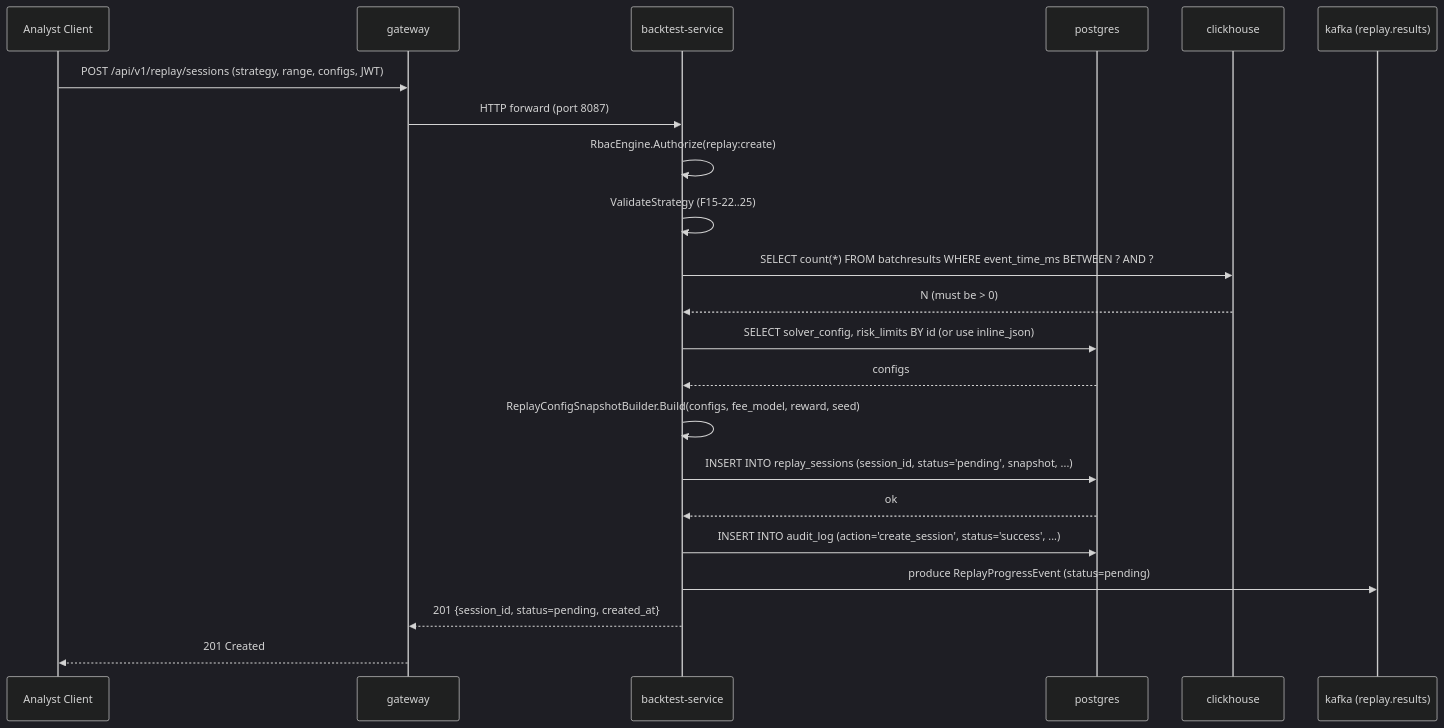
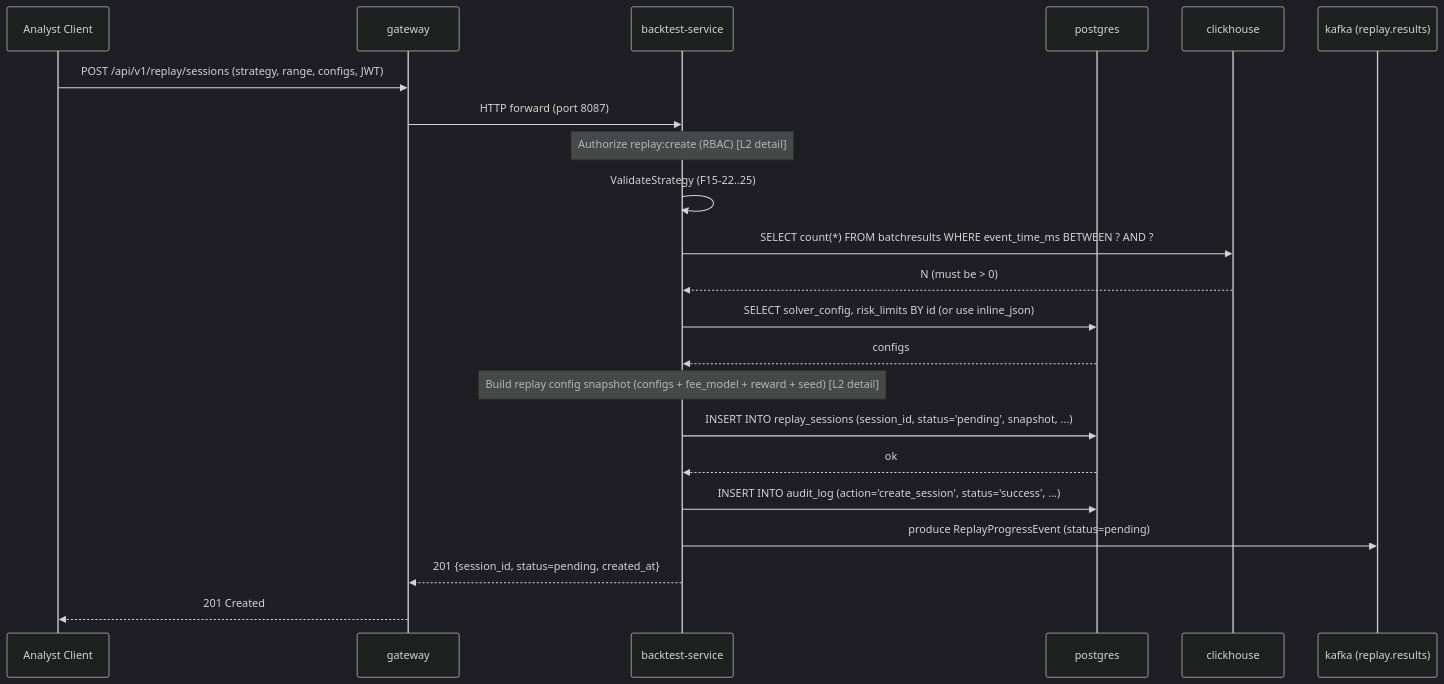
The diagram in docs/05-components/sequences/SEQ-F15-01-create-session-services.md (kkpiftankin-tech/cont_exchange_v2), drawn with Mermaid (dark theme) before and after one commit. The commit also changed 3 other files, not shown here.

````diff
--- a/docs/05-components/sequences/SEQ-F15-01-create-session-services.md
+++ b/docs/05-components/sequences/SEQ-F15-01-create-session-services.md
@@ -37,25 +37,25 @@
 ```mermaid
 sequenceDiagram
     participant CL as Analyst Client
     participant GW as gateway
     participant BS as backtest-service
     participant PG as postgres
     participant CH as clickhouse
     participant K as kafka (replay.results)
 
     CL->>GW: POST /api/v1/replay/sessions (strategy, range, configs, JWT)
     GW->>BS: HTTP forward (port 8087)
-    BS->>BS: RbacEngine.Authorize(replay:create)
+    Note over BS: Authorize replay:create (RBAC) [L2 detail]
     BS->>BS: ValidateStrategy (F15-22..25)
     BS->>CH: SELECT count(*) FROM batchresults WHERE event_time_ms BETWEEN ? AND ?
     CH-->>BS: N (must be > 0)
     BS->>PG: SELECT solver_config, risk_limits BY id (or use inline_json)
     PG-->>BS: configs
-    BS->>BS: ReplayConfigSnapshotBuilder.Build(configs, fee_model, reward, seed)
+    Note over BS: Build replay config snapshot (configs + fee_model + reward + seed) [L2 detail]
     BS->>PG: INSERT INTO replay_sessions (session_id, status='pending', snapshot, ...)
     PG-->>BS: ok
     BS->>PG: INSERT INTO audit_log (action='create_session', status='success', ...)
     BS->>K: produce ReplayProgressEvent (status=pending)
     BS-->>GW: 201 {session_id, status=pending, created_at}
     GW-->>CL: 201 Created
 ```
````
